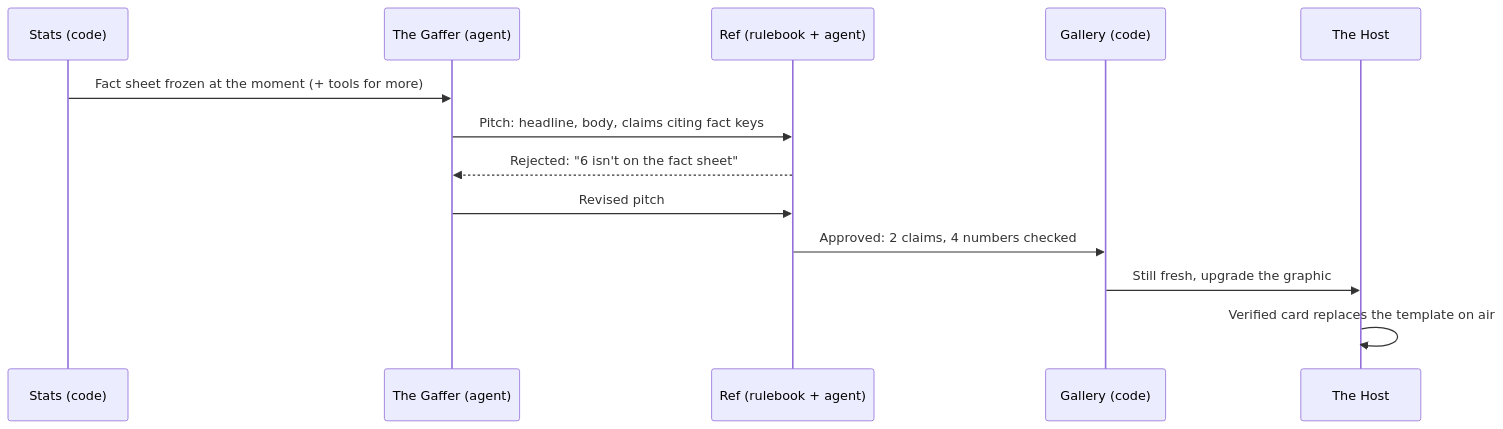
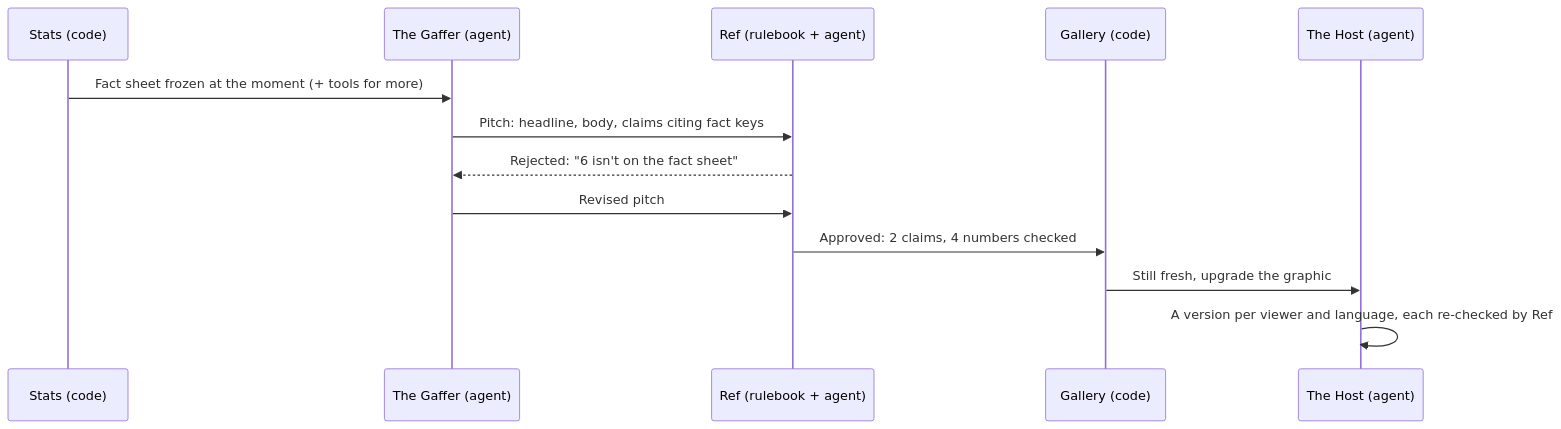
Before and after one commit to timmytrace/pl-insights-engine: the third of 3 diagrams in README.md, drawn with Mermaid. The commit also changed other lines of this file and 4 other files, not shown here.

````diff
--- a/README.md
+++ b/README.md
@@ -51,15 +74,15 @@
 ```mermaid
 sequenceDiagram
     participant S as Stats (code)
     participant G as The Gaffer (agent)
     participant R as Ref (rulebook + agent)
     participant P as Gallery (code)
-    participant H as The Host
+    participant H as The Host (agent)
     S->>G: Fact sheet frozen at the moment (+ tools for more)
     G->>R: Pitch: headline, body, claims citing fact keys
     R-->>G: Rejected: "6 isn't on the fact sheet"
     G->>R: Revised pitch
     R->>P: Approved: 2 claims, 4 numbers checked
     P->>H: Still fresh, upgrade the graphic
-    H->>H: Verified card replaces the template on air
+    H->>H: A version per viewer and language, each re-checked by Ref
 ```
````
